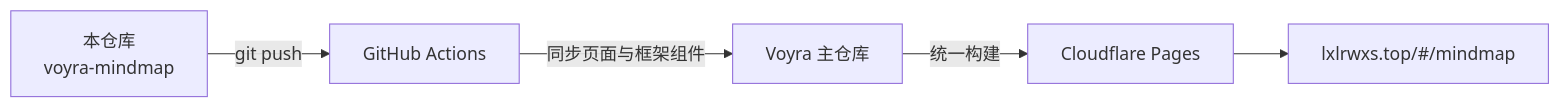
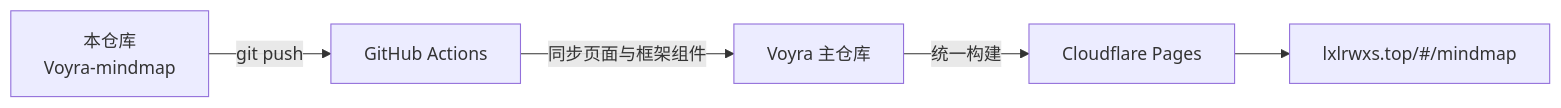
The diagram in README.md (liixnglinb/voyra-mindmap), drawn with Mermaid before and after one commit. The commit also changed other lines of this file, not shown here.

Commit message:
docs: repo renamed voyra-mindmap -> Voyra-mindmap, update README links

````diff
--- a/README.md
+++ b/README.md
@@ -65,7 +65,7 @@
 ```mermaid
 flowchart LR
-  A["本仓库<br/>voyra-mindmap"] -->|git push| B["GitHub Actions"]
+  A["本仓库<br/>Voyra-mindmap"] -->|git push| B["GitHub Actions"]
   B -->|同步页面与框架组件| C["Voyra 主仓库"]
   C -->|统一构建| D["Cloudflare Pages"]
   D --> E["lxlrwxs.top/#/mindmap"]
 ```
````
